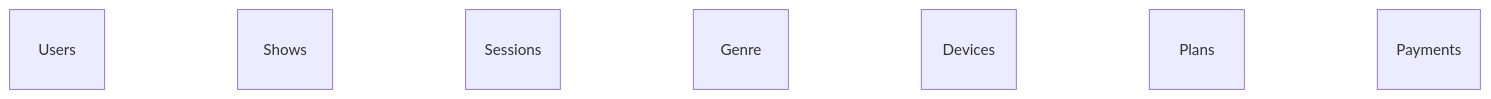
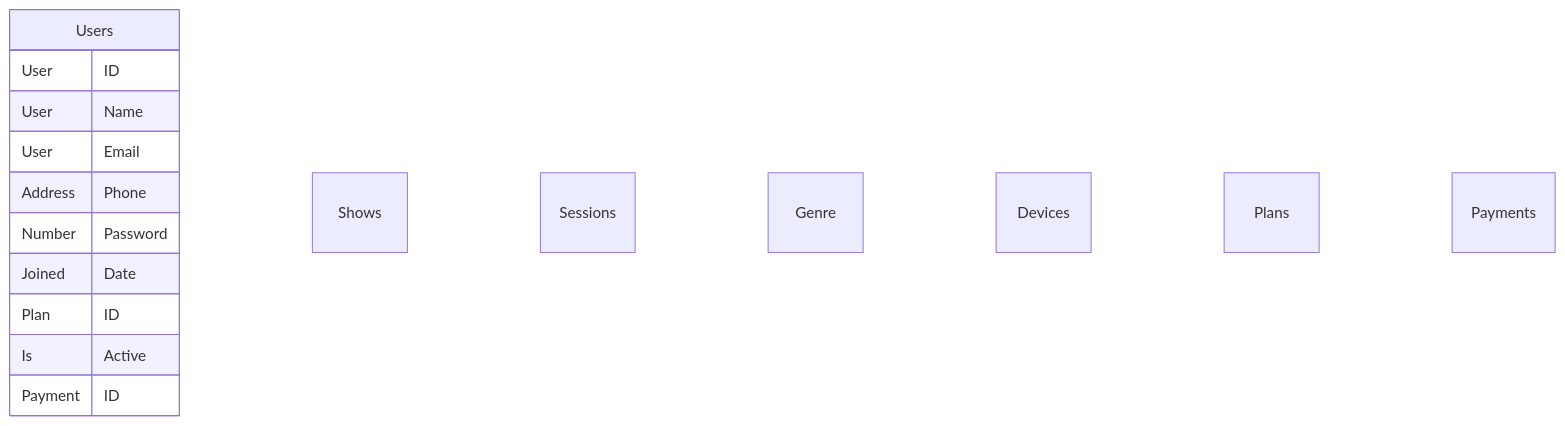
Before and after one commit to vidishsirdesai/video_streaming_platforms_hld: the diagram in README.md, drawn with Mermaid.

````diff
--- a/README.md
+++ b/README.md
@@ -140,10 +140,21 @@
 ```mermaid
 erDiagram
-    Users
+    Users {
+        User ID
+        User Name
+        User Email
+        Address
+        Phone Number
+        Password
+        Joined Date
+        Plan ID
+        Is Active
+        Payment ID
+    }
     Shows
     Sessions
     Genre
     Devices
     Plans
     Payments
 ```
````
